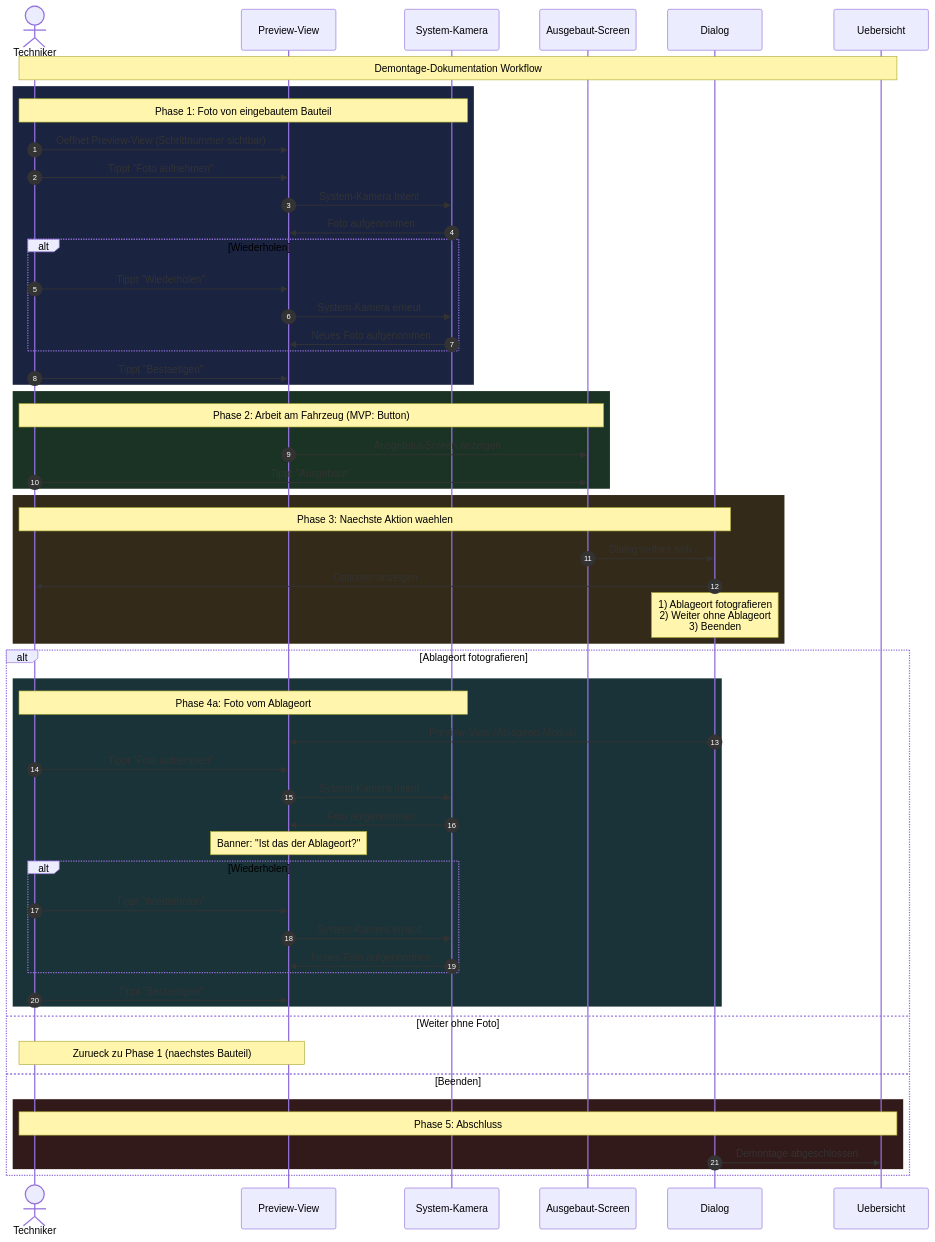
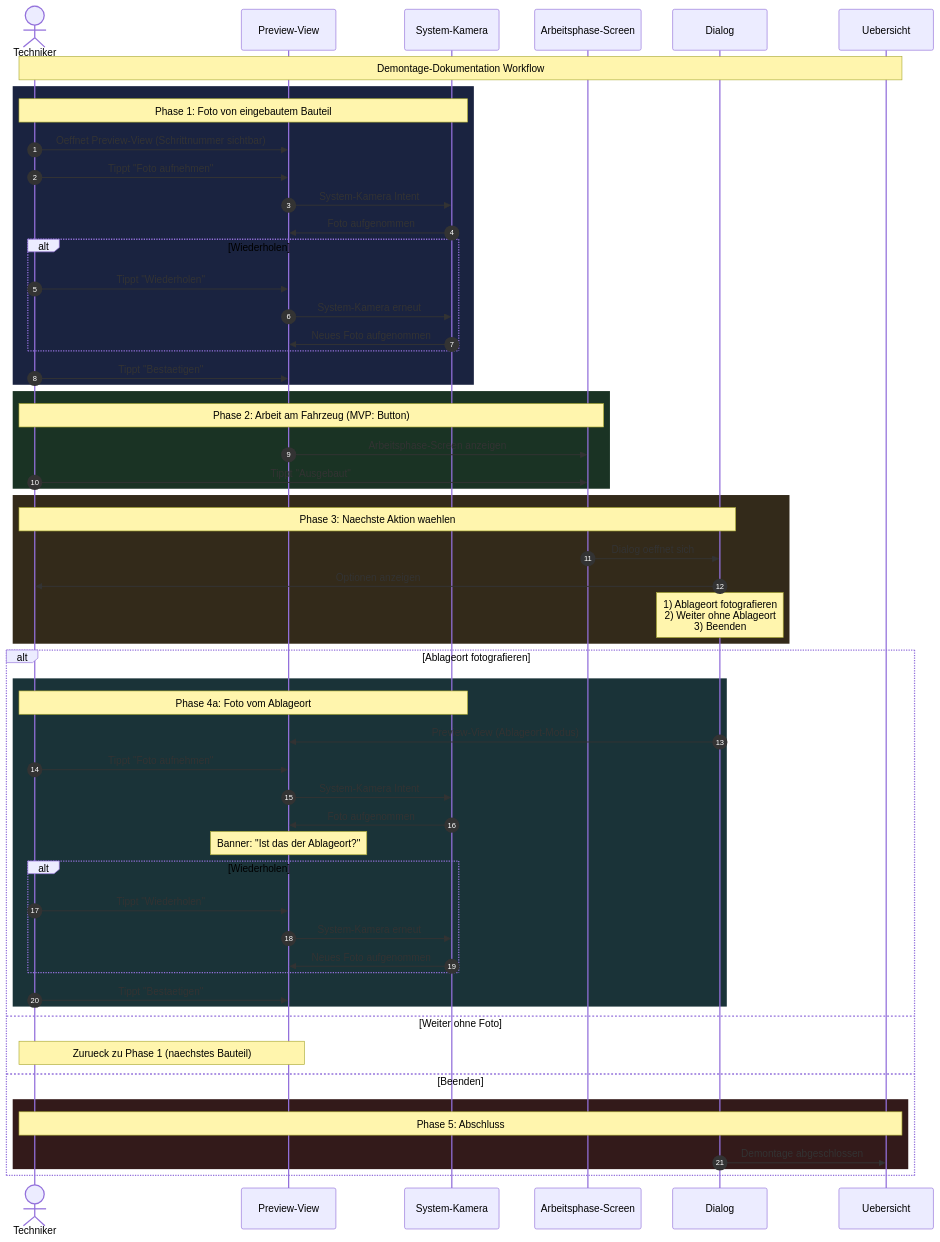
One commit to KuestenFlunder/BoltMind changed the second of 2 diagrams in docs/specs/F-003-demontage/README.md. Above: the diagram before and after it, drawn with Mermaid. The commit also changed other lines of this file and 4 other files, not shown here.

First line of the commit message:
[F-003] Ausgebaut-View → Arbeitsphase-View umbenennen

````diff
--- a/docs/specs/F-003-demontage/README.md
+++ b/docs/specs/F-003-demontage/README.md
@@ -178,63 +178,63 @@
 ```mermaid
 sequenceDiagram
     autonumber
     actor T as Techniker
     participant PV as Preview-View
     participant SK as System-Kamera
-    participant F as Ausgebaut-Screen
+    participant F as Arbeitsphase-Screen
     participant D as Dialog
     participant U as Uebersicht
 
     Note over T,U: Demontage-Dokumentation Workflow
 
     rect rgb(26, 35, 64)
         Note over T,SK: Phase 1: Foto von eingebautem Bauteil
         T->>PV: Oeffnet Preview-View (Schrittnummer sichtbar)
         T->>PV: Tippt "Foto aufnehmen"
         PV->>SK: System-Kamera Intent
         SK->>PV: Foto aufgenommen
         alt Wiederholen
             T->>PV: Tippt "Wiederholen"
             PV->>SK: System-Kamera erneut
             SK->>PV: Neues Foto aufgenommen
         end
         T->>PV: Tippt "Bestaetigen"
     end
 
     rect rgb(26, 51, 36)
         Note over T,F: Phase 2: Arbeit am Fahrzeug (MVP: Button)
-        PV->>F: Ausgebaut-Screen anzeigen
+        PV->>F: Arbeitsphase-Screen anzeigen
         T->>F: Tippt "Ausgebaut"
     end
 
     rect rgb(51, 42, 26)
         Note over T,D: Phase 3: Naechste Aktion waehlen
         F->>D: Dialog oeffnet sich
         D->>T: Optionen anzeigen
         Note over D: 1) Ablageort fotografieren<br/>2) Weiter ohne Ablageort<br/>3) Beenden
     end
 
     alt Ablageort fotografieren
         rect rgb(26, 51, 56)
             Note over T,SK: Phase 4a: Foto vom Ablageort
             D->>PV: Preview-View (Ablageort-Modus)
             T->>PV: Tippt "Foto aufnehmen"
             PV->>SK: System-Kamera Intent
             SK->>PV: Foto aufgenommen
             Note over PV: Banner: "Ist das der Ablageort?"
             alt Wiederholen
                 T->>PV: Tippt "Wiederholen"
                 PV->>SK: System-Kamera erneut
                 SK->>PV: Neues Foto aufgenommen
             end
             T->>PV: Tippt "Bestaetigen"
         end
     else Weiter ohne Foto
         Note over T,PV: Zurueck zu Phase 1 (naechstes Bauteil)
     else Beenden
         rect rgb(51, 26, 26)
             Note over T,U: Phase 5: Abschluss
             D->>U: Demontage abgeschlossen
         end
     end
 ```
````
